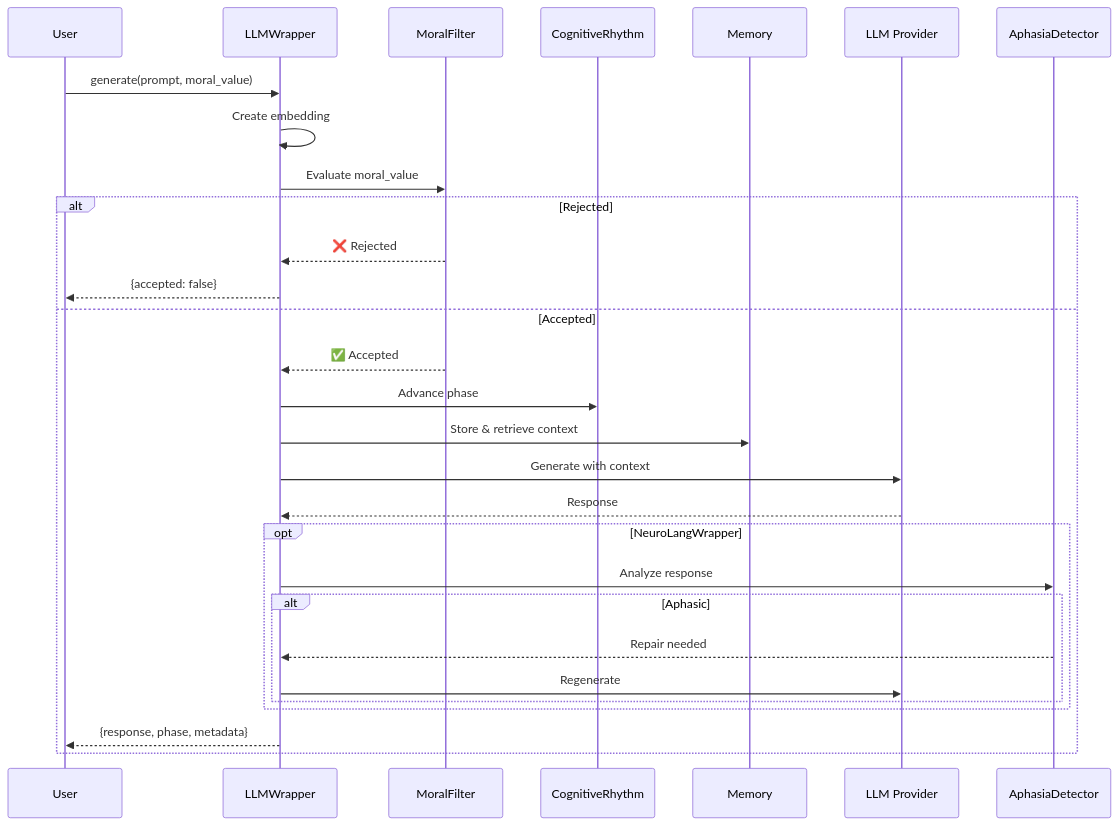
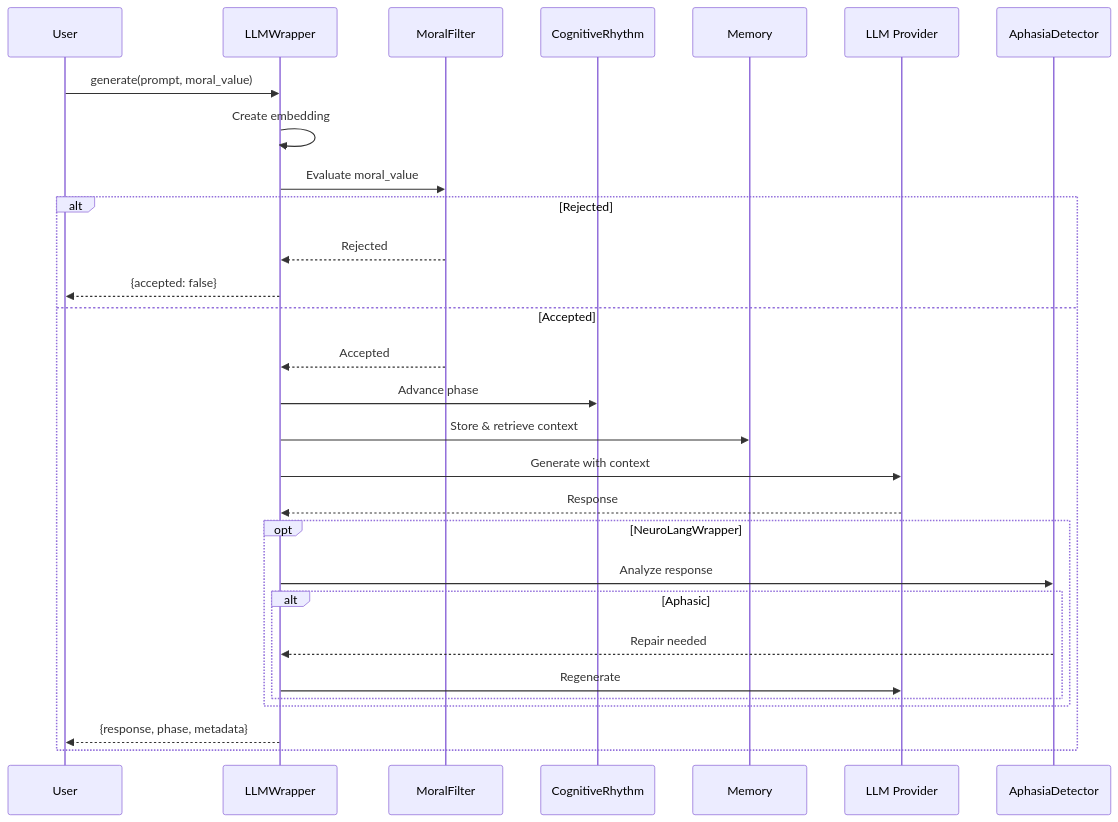
One commit to neuron7x/mlsdm-governed-cognitive-memory changed the second of 2 diagrams in README.md. Above: the diagram before and after it, drawn with Mermaid. The commit also changed other lines of this file, not shown here.

````diff
--- a/README.md
+++ b/README.md
@@ -256,35 +221,35 @@
 ```mermaid
 sequenceDiagram
     participant U as User
     participant W as LLMWrapper
     participant MF as MoralFilter
     participant CR as CognitiveRhythm
     participant M as Memory
     participant LLM as LLM Provider
     participant A as AphasiaDetector
 
     U->>W: generate(prompt, moral_value)
     W->>W: Create embedding
     W->>MF: Evaluate moral_value
     
     alt Rejected
-        MF-->>W: ❌ Rejected
+        MF-->>W: Rejected
         W-->>U: {accepted: false}
     else Accepted
-        MF-->>W: ✅ Accepted
+        MF-->>W: Accepted
         W->>CR: Advance phase
         W->>M: Store & retrieve context
         W->>LLM: Generate with context
         LLM-->>W: Response
         
         opt NeuroLangWrapper
             W->>A: Analyze response
             alt Aphasic
                 A-->>W: Repair needed
                 W->>LLM: Regenerate
             end
         end
         
         W-->>U: {response, phase, metadata}
     end
 ```
````
